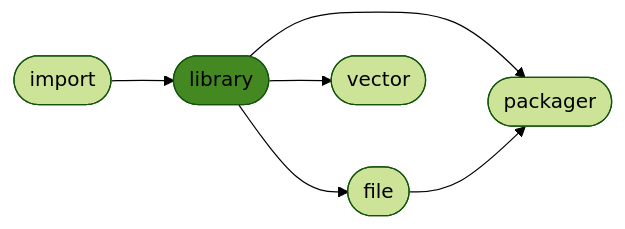
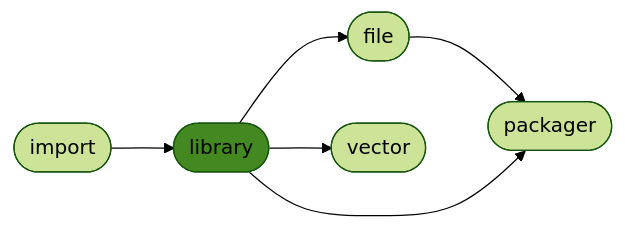
One commit to ManderaGeneral/generallibrary changed the diagram in README.md. Above: the diagram before and after it, drawn with Mermaid (forest theme). The commit also changed other lines of this file and 2 other files, not shown here.

````diff
--- a/README.md
+++ b/README.md
@@ -16,14 +16,14 @@
 ```mermaid
 flowchart LR
+2([file]) --> 4([packager])
+1([library]) --> 3([vector])
 1([library]) --> 4([packager])
-1([library]) --> 3([vector])
+0([import]) --> 1([library])
 1([library]) --> 2([file])
-0([import]) --> 1([library])
-2([file]) --> 4([packager])
 click 0 "https://github.com/ManderaGeneral/generalimport"
 click 1 "https://github.com/ManderaGeneral/generallibrary"
 click 2 "https://github.com/ManderaGeneral/generalfile"
 click 3 "https://github.com/ManderaGeneral/generalvector"
 click 4 "https://github.com/ManderaGeneral/generalpackager"
 style 1 fill:#482
 ```
````
